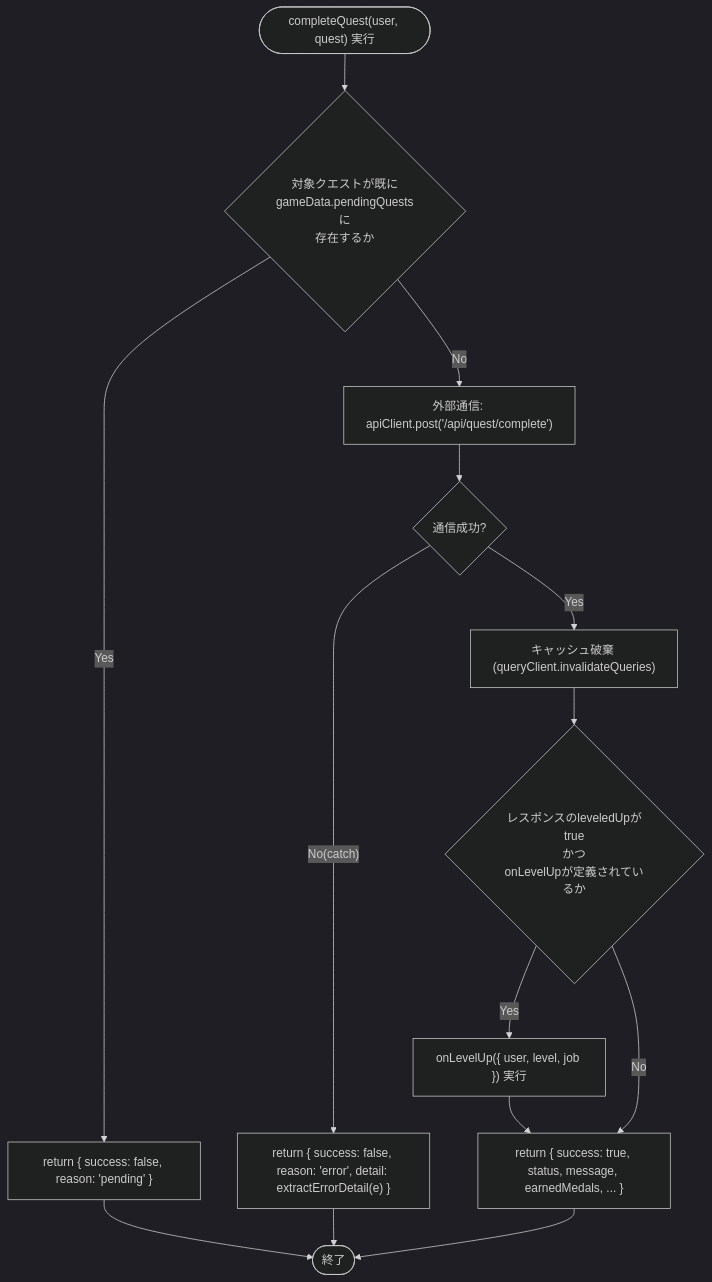
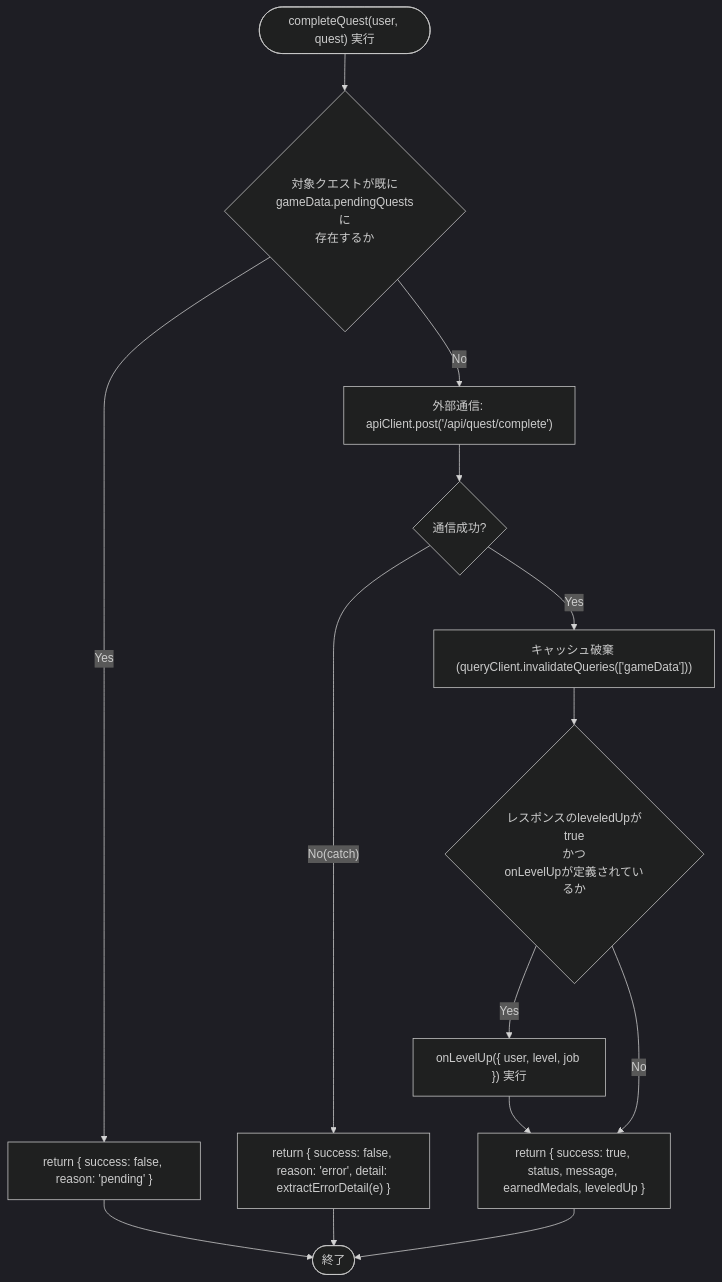
The first of 2 diagrams in docs/specifications/family-quest/src/hooks/useGameData.md (mmtigers/my_python_project), drawn with Mermaid (dark theme) before and after one commit. The commit also changed other lines of this file and 9 other files, not shown here.

````diff
--- a/docs/specifications/family-quest/src/hooks/useGameData.md
+++ b/docs/specifications/family-quest/src/hooks/useGameData.md
@@ -330,17 +243,17 @@
 ```mermaid
 flowchart TD
     Start(["completeQuest(user, quest) 実行"]) --> CheckPending{"対象クエストが既に\ngameData.pendingQuestsに\n存在するか"}
     CheckPending -- Yes --> ReturnPending["return { success: false, reason: 'pending' }"]
     CheckPending -- No --> MutateAsync["外部通信: apiClient.post('/api/quest/complete')"]
     MutateAsync --> CheckSuccess{"通信成功?"}
     CheckSuccess -- No(catch) --> ReturnError["return { success: false, reason: 'error', detail: extractErrorDetail(e) }"]
-    CheckSuccess -- Yes --> InvalidateCache["キャッシュ破棄 (queryClient.invalidateQueries)"]
+    CheckSuccess -- Yes --> InvalidateCache["キャッシュ破棄 (queryClient.invalidateQueries(['gameData']))"]
     InvalidateCache --> CheckLevelUp{"レスポンスのleveledUpがtrue\nかつ\nonLevelUpが定義されているか"}
     CheckLevelUp -- Yes --> CallOnLevelUp["onLevelUp({ user, level, job }) 実行"]
-    CallOnLevelUp --> ReturnSuccess["return { success: true, status, message, earnedMedals, ... }"]
+    CallOnLevelUp --> ReturnSuccess["return { success: true, status, message, earnedMedals, leveledUp }"]
     CheckLevelUp -- No --> ReturnSuccess
     ReturnError --> End(["終了"])
     ReturnPending --> End
     ReturnSuccess --> End
 
 ```
````
